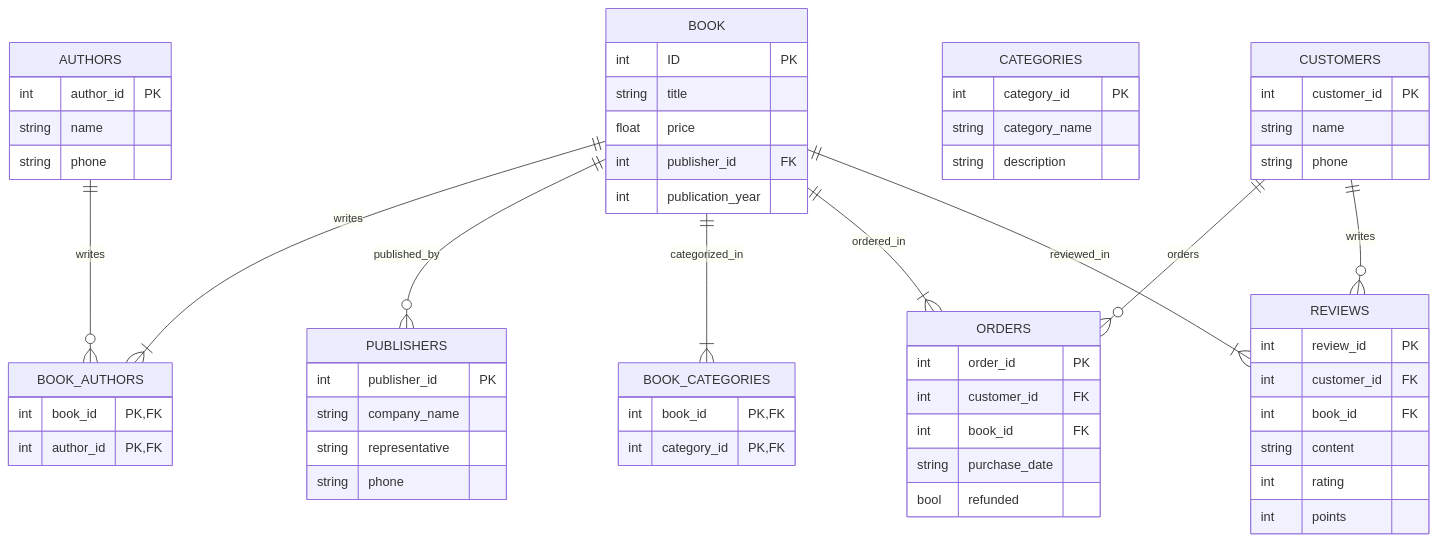
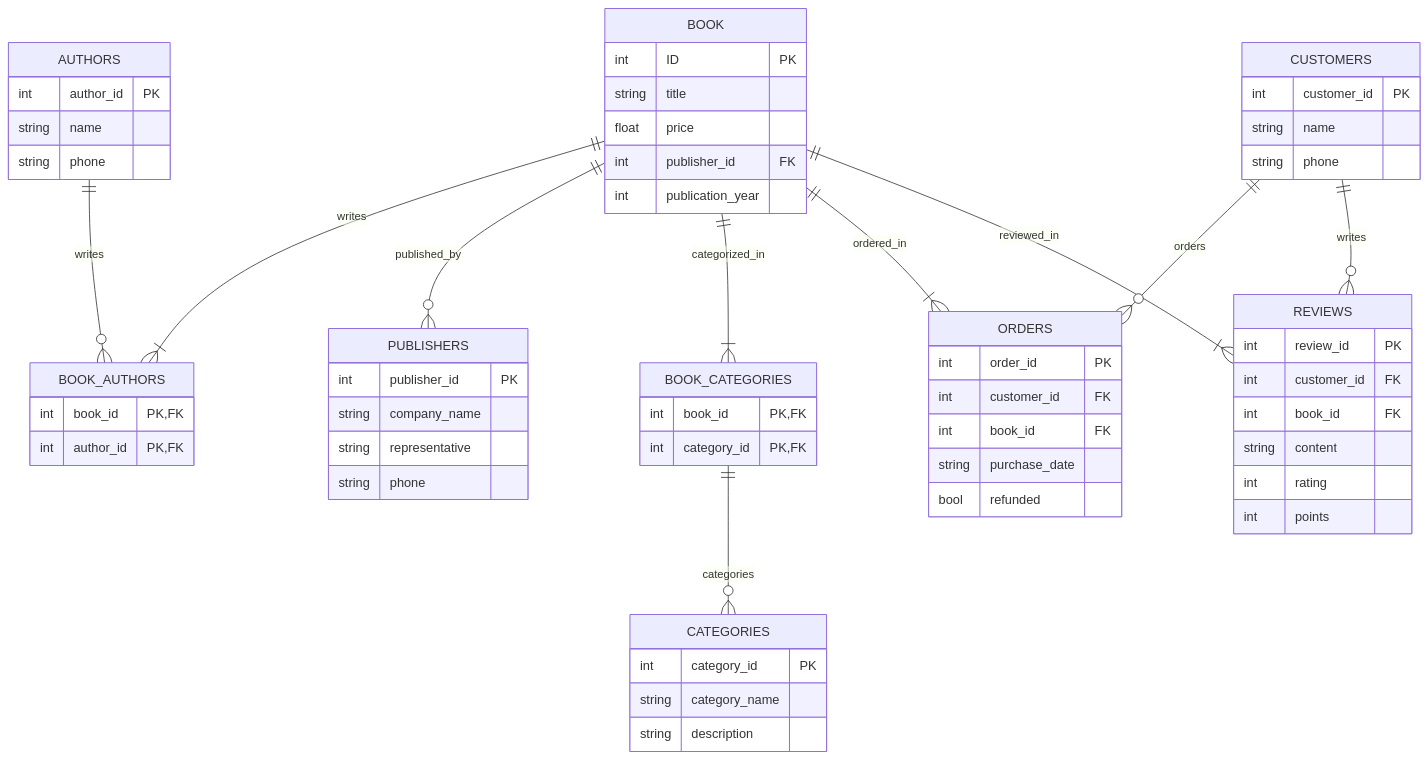
The diagram in README.md (Serendipity-Song/Database), drawn with Mermaid before and after one commit.

Commit message:
update category

````diff
--- a/README.md
+++ b/README.md
@@ -9,63 +9,64 @@
 ```mermaid
 erDiagram
     BOOK ||--|{ BOOK_AUTHORS : writes
     BOOK ||--o{ PUBLISHERS : published_by
     BOOK ||--|{ BOOK_CATEGORIES : categorized_in
     BOOK ||--|{ ORDERS : ordered_in
     BOOK ||--|{ REVIEWS : reviewed_in
     BOOK {
         int ID PK
         string title
         float price
         int publisher_id FK
         int publication_year
     }
     BOOK_AUTHORS {
         int book_id PK, FK
         int author_id PK, FK
     }
     AUTHORS ||--o{ BOOK_AUTHORS : writes
     AUTHORS {
         int author_id PK
         string name
         string phone
     }
     PUBLISHERS {
         int publisher_id PK
         string company_name
         string representative
         string phone
     }
+    BOOK_CATEGORIES ||--o{ CATEGORIES : categories
     BOOK_CATEGORIES {
         int book_id PK, FK
         int category_id PK, FK
     }
     CATEGORIES {
         int category_id PK
         string category_name
         string description
     }
     CUSTOMERS ||--o{ ORDERS : orders
     CUSTOMERS ||--o{ REVIEWS : writes
     CUSTOMERS {
         int customer_id PK
         string name
         string phone
     }
     ORDERS {
         int order_id PK
         int customer_id FK
         int book_id FK
         string purchase_date
         bool refunded
     }
     REVIEWS {
         int review_id PK
         int customer_id FK
         int book_id FK
         string content
         int rating
         int points
     }
 
 ```
````
